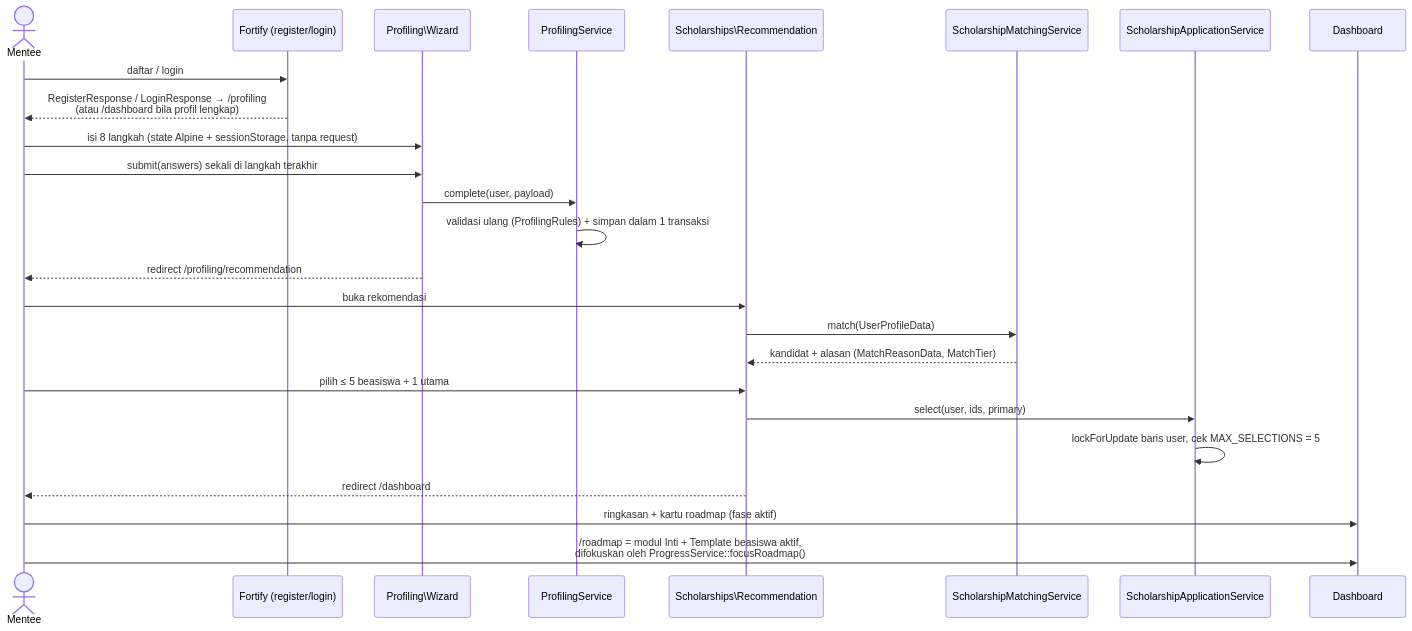
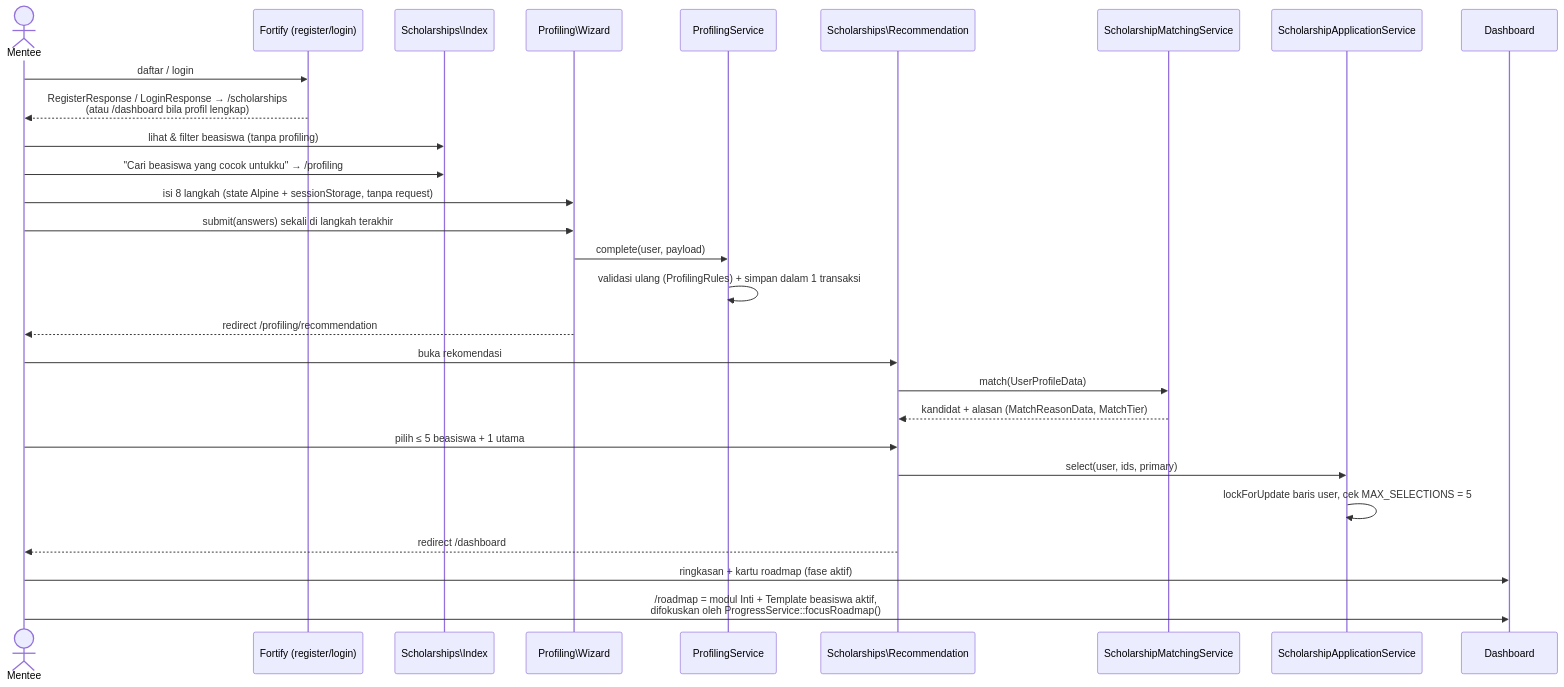
Before and after one commit to skularship/skular: the second of 5 diagrams in docs/architecture.md, drawn with Mermaid. The commit also changed other lines of this file and 13 other files, not shown here.

First line of the commit message:
feat(onboarding): daftar langsung ke Info Beasiswa, profiling lewat tombol cocokkan

````diff
--- a/docs/architecture.md
+++ b/docs/architecture.md
@@ -37,28 +39,31 @@
 ```mermaid
 sequenceDiagram
     actor M as Mentee
     participant F as Fortify (register/login)
+    participant I as Scholarships\Index
     participant W as Profiling\Wizard
     participant PS as ProfilingService
     participant R as Scholarships\Recommendation
     participant SM as ScholarshipMatchingService
     participant SA as ScholarshipApplicationService
     participant D as Dashboard
 
     M->>F: daftar / login
-    F-->>M: RegisterResponse / LoginResponse → /profiling<br/>(atau /dashboard bila profil lengkap)
+    F-->>M: RegisterResponse / LoginResponse → /scholarships<br/>(atau /dashboard bila profil lengkap)
+    M->>I: lihat & filter beasiswa (tanpa profiling)
+    M->>I: "Cari beasiswa yang cocok untukku" → /profiling
     M->>W: isi 8 langkah (state Alpine + sessionStorage, tanpa request)
     M->>W: submit(answers) sekali di langkah terakhir
     W->>PS: complete(user, payload)
     PS->>PS: validasi ulang (ProfilingRules) + simpan dalam 1 transaksi
     W-->>M: redirect /profiling/recommendation
     M->>R: buka rekomendasi
     R->>SM: match(UserProfileData)
     SM-->>R: kandidat + alasan (MatchReasonData, MatchTier)
     M->>R: pilih ≤ 5 beasiswa + 1 utama
     R->>SA: select(user, ids, primary)
     SA->>SA: lockForUpdate baris user, cek MAX_SELECTIONS = 5
     R-->>M: redirect /dashboard
     M->>D: ringkasan + kartu roadmap (fase aktif)
     M->>D: /roadmap = modul Inti + Template beasiswa aktif,<br/>difokuskan oleh ProgressService::focusRoadmap()
 ```
````
